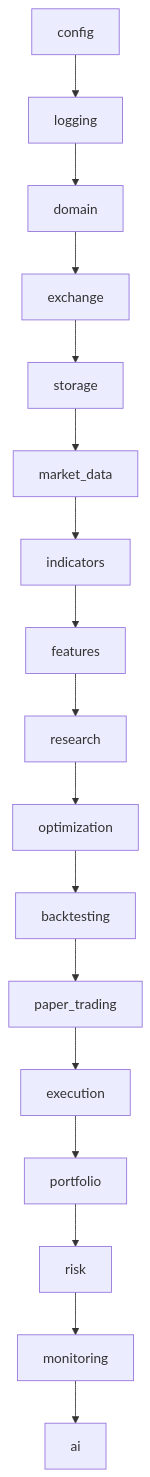
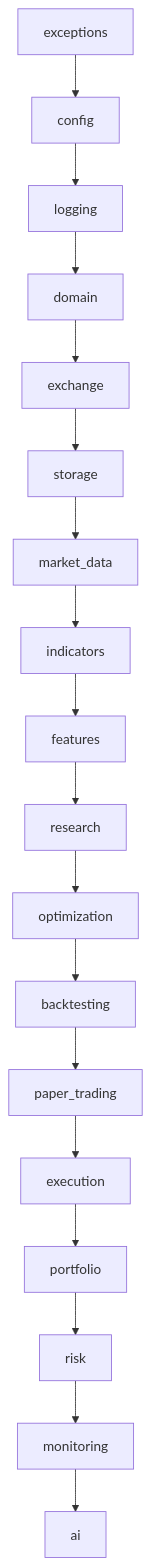
Before and after one commit to DeanT-04/bybit_quant_agent: the diagram in docs/architecture/Architecture.md, drawn with Mermaid. The commit also changed other lines of this file and 4 other files, not shown here.

````diff
--- a/docs/architecture/Architecture.md
+++ b/docs/architecture/Architecture.md
@@ -65,19 +67,20 @@
 ```mermaid
 graph TD
+    exceptions --> config
     config --> logging
     logging --> domain
     domain --> exchange
     exchange --> storage
     storage --> market_data
     market_data --> indicators
     indicators --> features
     features --> research
     research --> optimization
     optimization --> backtesting
     backtesting --> paper_trading
     paper_trading --> execution
     execution --> portfolio
     portfolio --> risk
     risk --> monitoring
     monitoring --> ai
 ```
````
